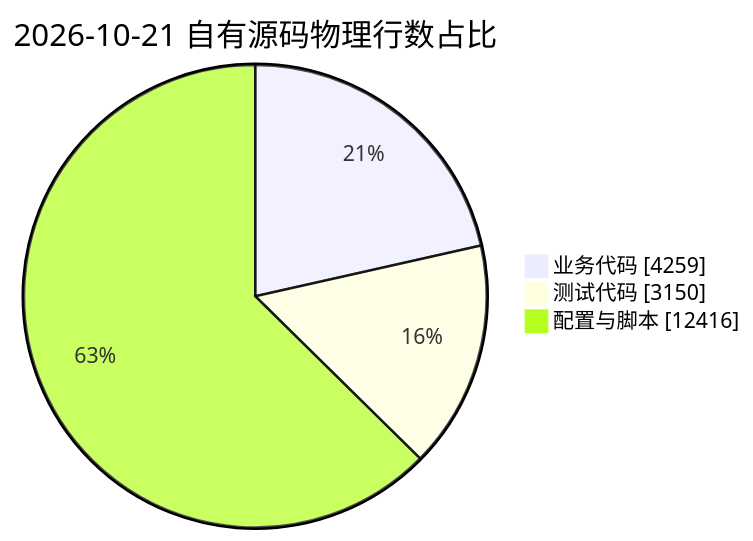
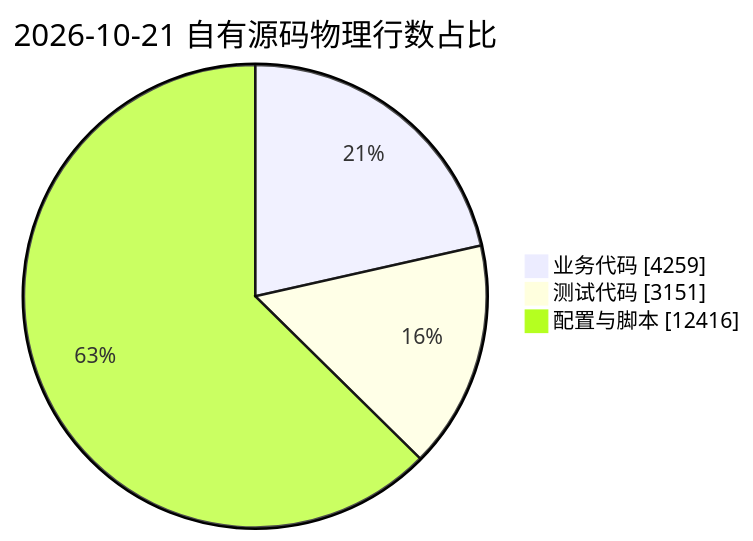
Before and after one commit to JobsKits/WindowsOS_Extension: the third of 3 diagrams in README.md, drawn with Mermaid. The commit also changed other lines of this file and 1 other file, not shown here.

````diff
--- a/README.md
+++ b/README.md
@@ -551,7 +551,7 @@
 ```mermaid
 pie showData
     title 2026-10-21 自有源码物理行数占比
     "业务代码" : 4259
-    "测试代码" : 3150
+    "测试代码" : 3151
     "配置与脚本" : 12416
 ```
````
